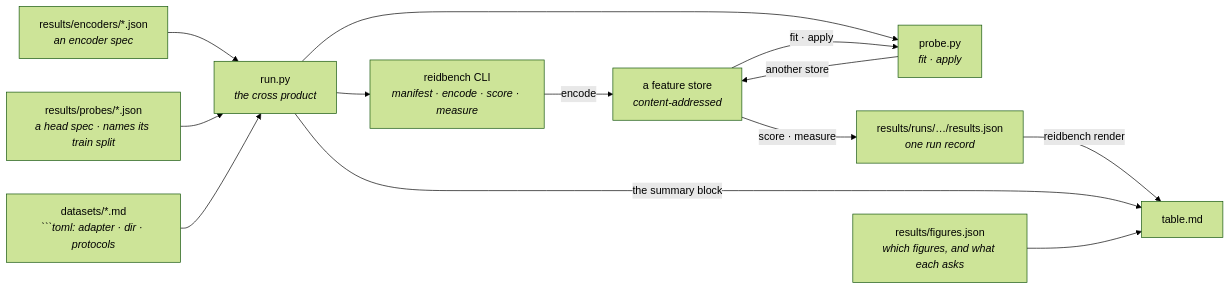
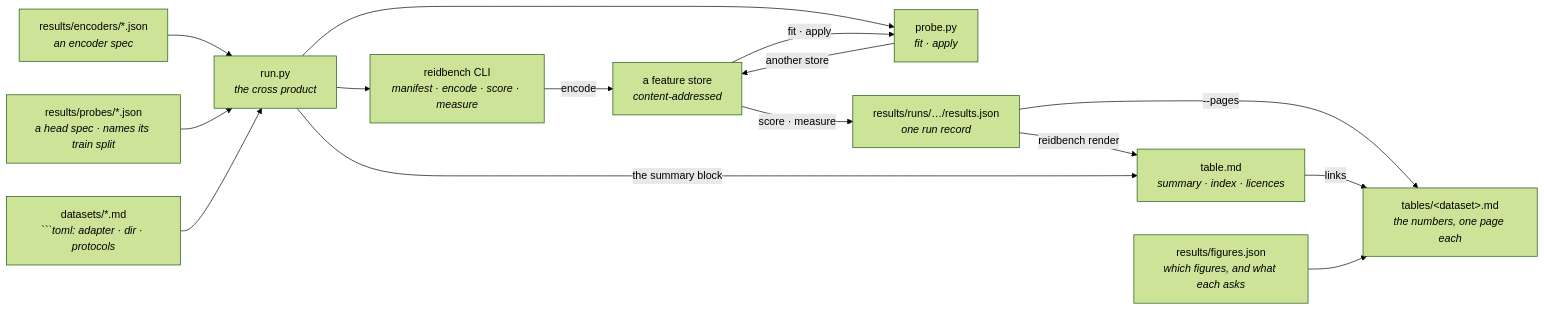
The diagram in results/README.md (karolmajek/torment-nexus), drawn with Mermaid (forest theme) before and after one commit. The commit also changed other lines of this file and 238 other files, not shown here.

````diff
--- a/results/README.md
+++ b/results/README.md
@@ -30,26 +36,29 @@
 ```mermaid
 flowchart LR
     E["results/encoders/*.json<br/><i>an encoder spec</i>"]
     P["results/probes/*.json<br/><i>a head spec · names its train split</i>"]
     D["datasets/*.md<br/><i>```toml: adapter · dir · protocols</i>"]
     R["run.py<br/><i>the cross product</i>"]
     V["reidbench CLI<br/><i>manifest · encode · score · measure</i>"]
     PR["probe.py<br/><i>fit · apply</i>"]
     F["a feature store<br/><i>content-addressed</i>"]
     RUN["results/runs/…/results.json<br/><i>one run record</i>"]
     G["results/figures.json<br/><i>which figures, and what each asks</i>"]
-    T["table.md"]
+    T["table.md<br/><i>summary · index · licences</i>"]
+    TS["tables/&lt;dataset&gt;.md<br/><i>the numbers, one page each</i>"]
 
     E --> R
     P --> R
     D --> R
     R --> V
     R --> PR
     V -->|encode| F
     F -->|fit · apply| PR
     PR -->|another store| F
     F -->|score · measure| RUN
     RUN -->|reidbench render| T
+    RUN -->|--pages| TS
+    T -->|links| TS
     R -->|the summary block| T
-    G --> T
+    G --> TS
 ```
````
